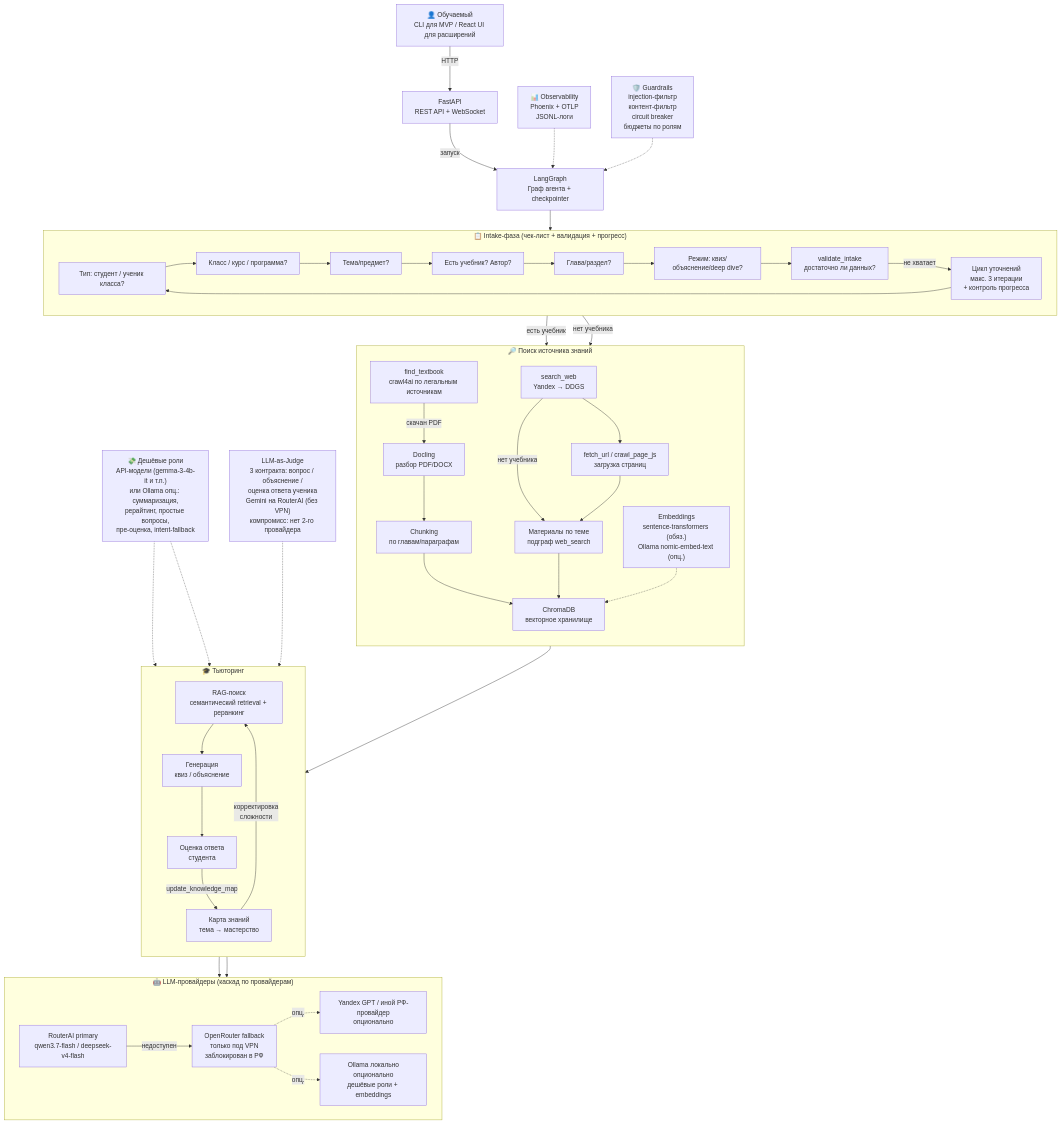
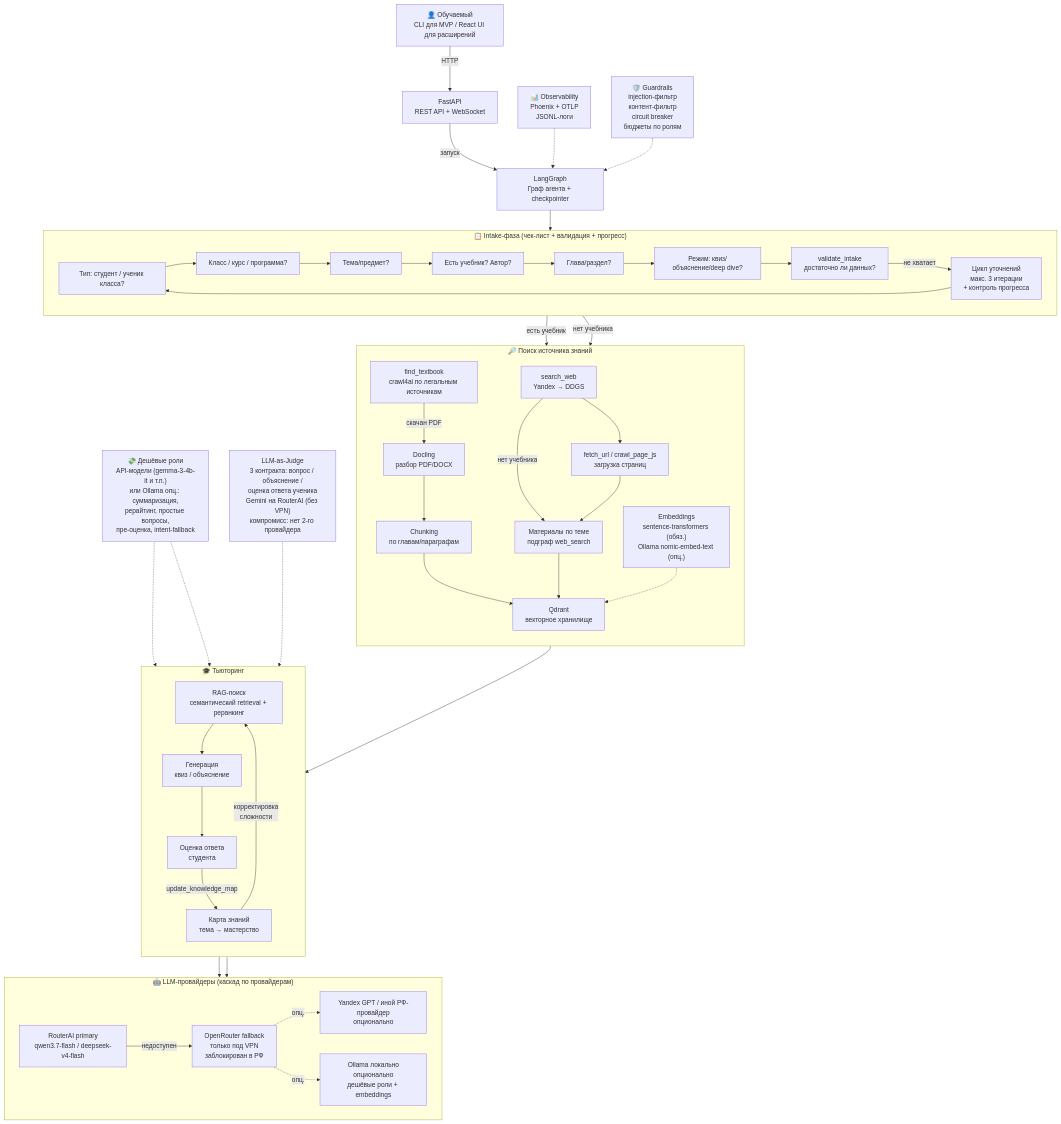
The first of 3 diagrams in SPECIFICATION.md (pytanya/project_work), drawn with Mermaid before and after one commit. The commit also changed other lines of this file and 62 other files, not shown here.

````diff
--- a/SPECIFICATION.md
+++ b/SPECIFICATION.md
@@ -49,64 +55,64 @@
 ```mermaid
 flowchart TD
     USER["👤 Обучаемый<br/>CLI для MVP / React UI для расширений"] -->|HTTP| API["FastAPI<br/>REST API + WebSocket"]
     API -->|запуск| GRAPH["LangGraph<br/>Граф агента + checkpointer"]
 
     subgraph INTAKE["📋 Intake-фаза (чек-лист + валидация + прогресс)"]
         direction LR
         Q1["Тип: студент / ученик класса?"]
         Q2["Класс / курс / программа?"]
         Q3["Тема/предмет?"]
         Q4["Есть учебник? Автор?"]
         Q5["Глава/раздел?"]
         Q6["Режим: квиз/объяснение/deep dive?"]
         Q1 --> Q2 --> Q3 --> Q4 --> Q5 --> Q6
         VALIDATE["validate_intake<br/>достаточно ли данных?"]
         Q6 --> VALIDATE
         VALIDATE -->|"не хватает"| ASK["Цикл уточнений<br/>макс. 3 итерации<br/>+ контроль прогресса"]
         ASK --> Q1
     end
     GRAPH --> INTAKE
 
     subgraph SOURCE["🔎 Поиск источника знаний"]
         direction TB
         DOC["Docling<br/>разбор PDF/DOCX"] --> CHUNK["Chunking<br/>по главам/параграфам"]
         FIND["find_textbook<br/>crawl4ai по легальным источникам"] -->|"скачан PDF"| DOC
         SEARCH["search_web<br/>Yandex → DDGS"] --> FETCH["fetch_url / crawl_page_js<br/>загрузка страниц"]
         SEARCH -->|"нет учебника"| MAT["Материалы по теме<br/>подграф web_search"]
-        CHUNK --> VDB["ChromaDB<br/>векторное хранилище"]
+        CHUNK --> VDB["Qdrant<br/>векторное хранилище"]
         FETCH --> MAT --> VDB
         EMB["Embeddings<br/>sentence-transformers (обяз.)<br/>Ollama nomic-embed-text (опц.)"] -.-> VDB
     end
     INTAKE -->|"есть учебник"| DOC
     INTAKE -->|"нет учебника"| FIND
 
     subgraph TUTOR["🎓 Тьюторинг"]
         direction TB
         RAG["RAG-поиск<br/>семантический retrieval + реранкинг"] --> GEN["Генерация<br/>квиз / объяснение"]
         GEN --> EVAL["Оценка ответа<br/>студента"]
         EVAL -->|"update_knowledge_map"| KM["Карта знаний<br/>тема → мастерство"]
         KM -->|"корректировка<br/>сложности"| RAG
     end
     VDB --> RAG
 
     subgraph LLM["🤖 LLM-провайдеры (каскад по провайдерам)"]
         direction LR
         L1["RouterAI primary<br/>qwen3.7-flash / deepseek-v4-flash"]
         L2["OpenRouter fallback<br/>только под VPN<br/>заблокирован в РФ"]
         L3["Yandex GPT / иной РФ-провайдер<br/>опционально"]
         L4["Ollama локально<br/>опционально<br/>дешёвые роли + embeddings"]
         L1 -->|недоступен| L2
         L2 -.->|опц.| L3
         L2 -.->|опц.| L4
     end
     GEN --> LLM
     EVAL --> LLM
 
     CHEAP["💸 Дешёвые роли<br/>API-модели (gemma-3-4b-it и т.п.)<br/>или Ollama опц.: суммаризация,<br/>рерайтинг, простые вопросы,<br/>пре-оценка, intent-fallback"] -.-> RAG
     CHEAP -.-> GEN
 
     JUDGE["LLM-as-Judge<br/>3 контракта: вопрос / объяснение /<br/>оценка ответа ученика<br/>Gemini на RouterAI (без VPN)<br/>компромисс: нет 2-го провайдера"] -.-> GEN
 
     OBS["📊 Observability<br/>Phoenix + OTLP<br/>JSONL-логи"] -.-> GRAPH
     GR["🛡️ Guardrails<br/>injection-фильтр<br/>контент-фильтр<br/>circuit breaker<br/>бюджеты по ролям"] -.-> GRAPH
 ```
````
